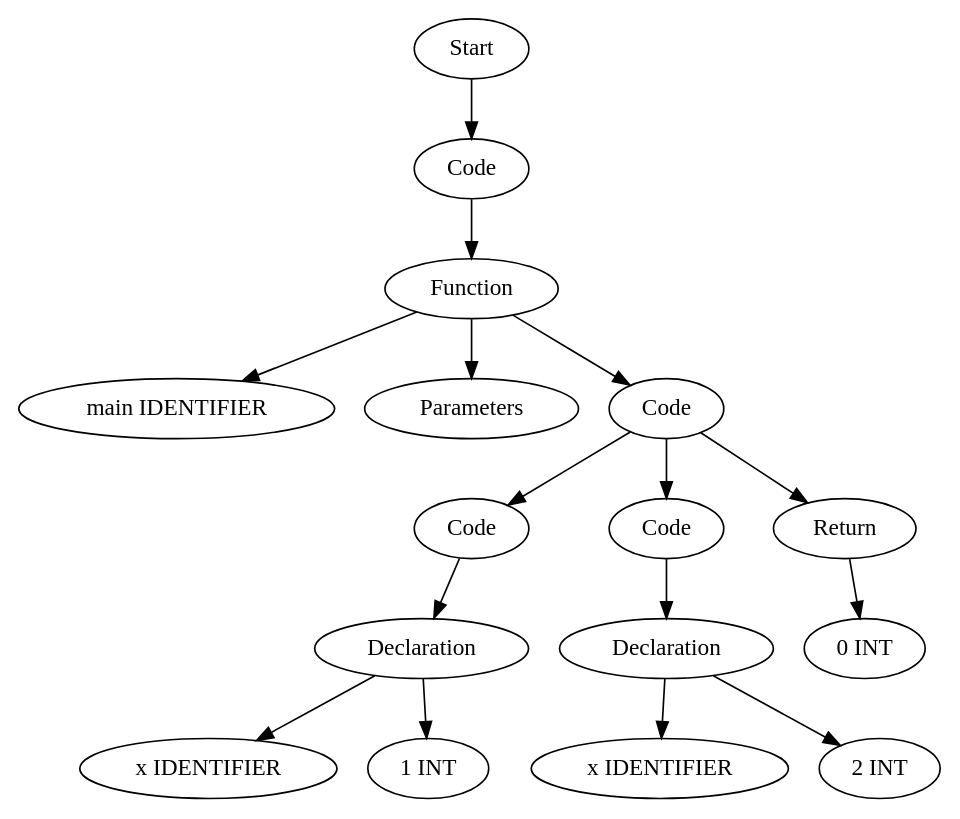
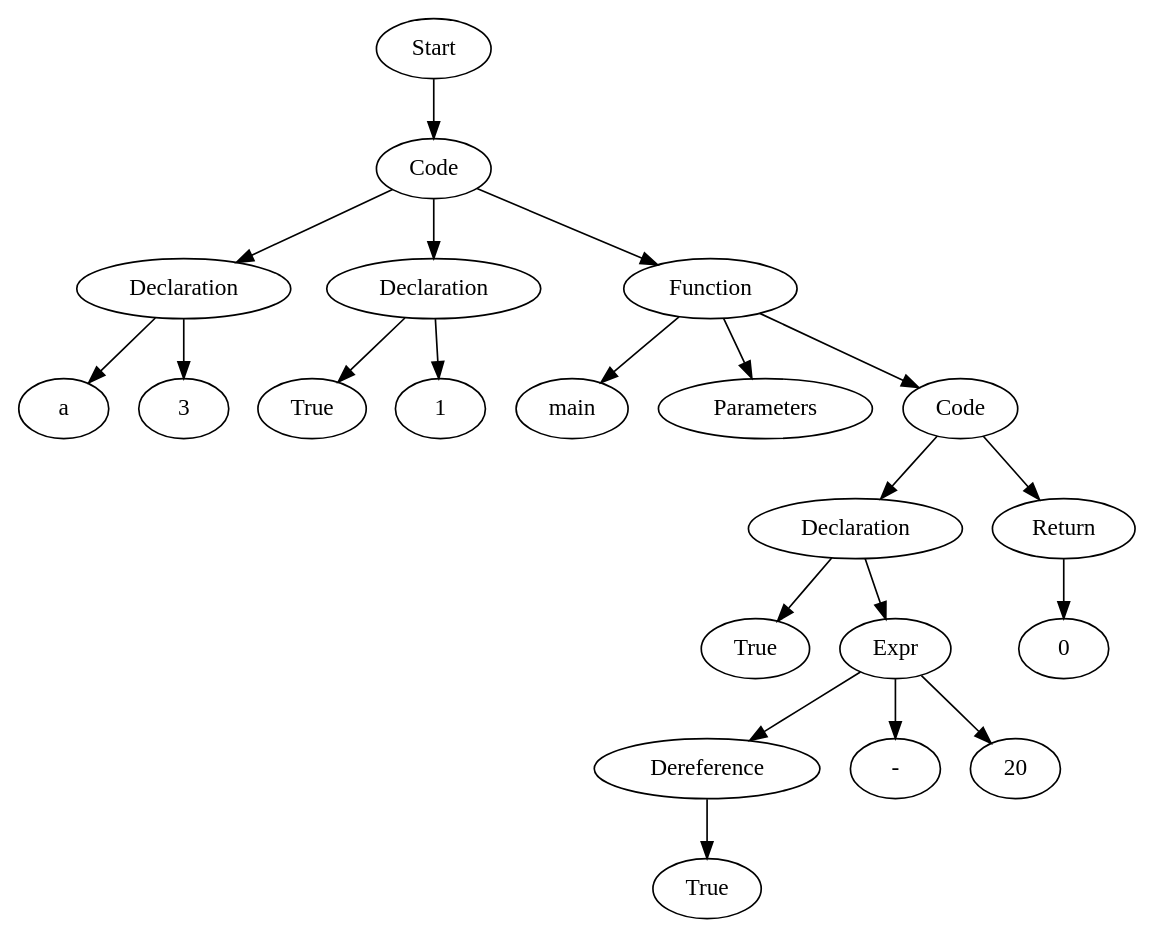
The diagram in TestCases/ASTTests/SemanticErrorsTests/createTests/read_file_after.dot (Are-you-listening/Compilers), drawn with Graphviz before and after one commit. The commit also changed 15 other files, not shown here.

```diff
--- a/TestCases/ASTTests/SemanticErrorsTests/createTests/read_file_after.dot
+++ b/TestCases/ASTTests/SemanticErrorsTests/createTests/read_file_after.dot
@@ -1,33 +1,43 @@
 digraph AST {
-  "131283093350976" [label="Start"];
-  "131283093350976" -> "131283093351120";
-  "131283093351120" [label="Code"];
-  "131283093351120" -> "131283093351312";
-  "131283093351312" [label="Function"];
-  "131283093351312" -> "131283093351504";
-  "131283093351312" -> "131283093351648";
-  "131283093351312" -> "131283093351792";
-  "131283093351504" [label="main IDENTIFIER"];
-  "131283093351648" [label="Parameters"];
-  "131283093351792" [label="Code"];
-  "131283093351792" -> "131283093351984";
-  "131283093351792" -> "131283093352560";
-  "131283093351792" -> "131283093353136";
-  "131283093351984" [label="Code"];
-  "131283093351984" -> "131283093352176";
-  "131283093352176" [label="Declaration"];
-  "131283093352176" -> "131283093352368";
-  "131283093352176" -> "131283093352512";
-  "131283093352368" [label="x IDENTIFIER"];
-  "131283093352512" [label="1 INT"];
-  "131283093352560" [label="Code"];
-  "131283093352560" -> "131283093352752";
-  "131283093352752" [label="Declaration"];
-  "131283093352752" -> "131283093352944";
-  "131283093352752" -> "131283093353088";
-  "131283093352944" [label="x IDENTIFIER"];
-  "131283093353088" [label="2 INT"];
-  "131283093353136" [label="Return"];
-  "131283093353136" -> "131283093353328";
-  "131283093353328" [label="0 INT"];
+  "135595906302208" [label="Start"];
+  "135595906302208" -> "135595906302400";
+  "135595906302400" [label="Code"];
+  "135595906302400" -> "135595906302592";
+  "135595906302400" -> "135595906303024";
+  "135595906302400" -> "135595906303456";
+  "135595906302592" [label="Declaration"];
+  "135595906302592" -> "135595906302784";
+  "135595906302592" -> "135595906302928";
+  "135595906302784" [label="a"];
+  "135595906302928" [label="3"];
+  "135595906303024" [label="Declaration"];
+  "135595906303024" -> "135595906303216";
+  "135595906303024" -> "135595906303360";
+  "135595906303216" [label="True"];
+  "135595906303360" [label="1"];
+  "135595906303456" [label="Function"];
+  "135595906303456" -> "135595906303648";
+  "135595906303456" -> "135595906303792";
+  "135595906303456" -> "135595906303936";
+  "135595906303648" [label="main"];
+  "135595906303792" [label="Parameters"];
+  "135595906303936" [label="Code"];
+  "135595906303936" -> "135595906304128";
+  "135595906303936" -> "135595906305136";
+  "135595906304128" [label="Declaration"];
+  "135595906304128" -> "135595906304320";
+  "135595906304128" -> "135595906304464";
+  "135595906304320" [label="True"];
+  "135595906304464" [label="Expr"];
+  "135595906304464" -> "135595906304656";
+  "135595906304464" -> "135595906304944";
+  "135595906304464" -> "135595906305088";
+  "135595906304656" [label="Dereference"];
+  "135595906304656" -> "135595906304848";
+  "135595906304848" [label="True"];
+  "135595906304944" [label="-"];
+  "135595906305088" [label="20"];
+  "135595906305136" [label="Return"];
+  "135595906305136" -> "135595906305328";
+  "135595906305328" [label="0"];
 }
```
